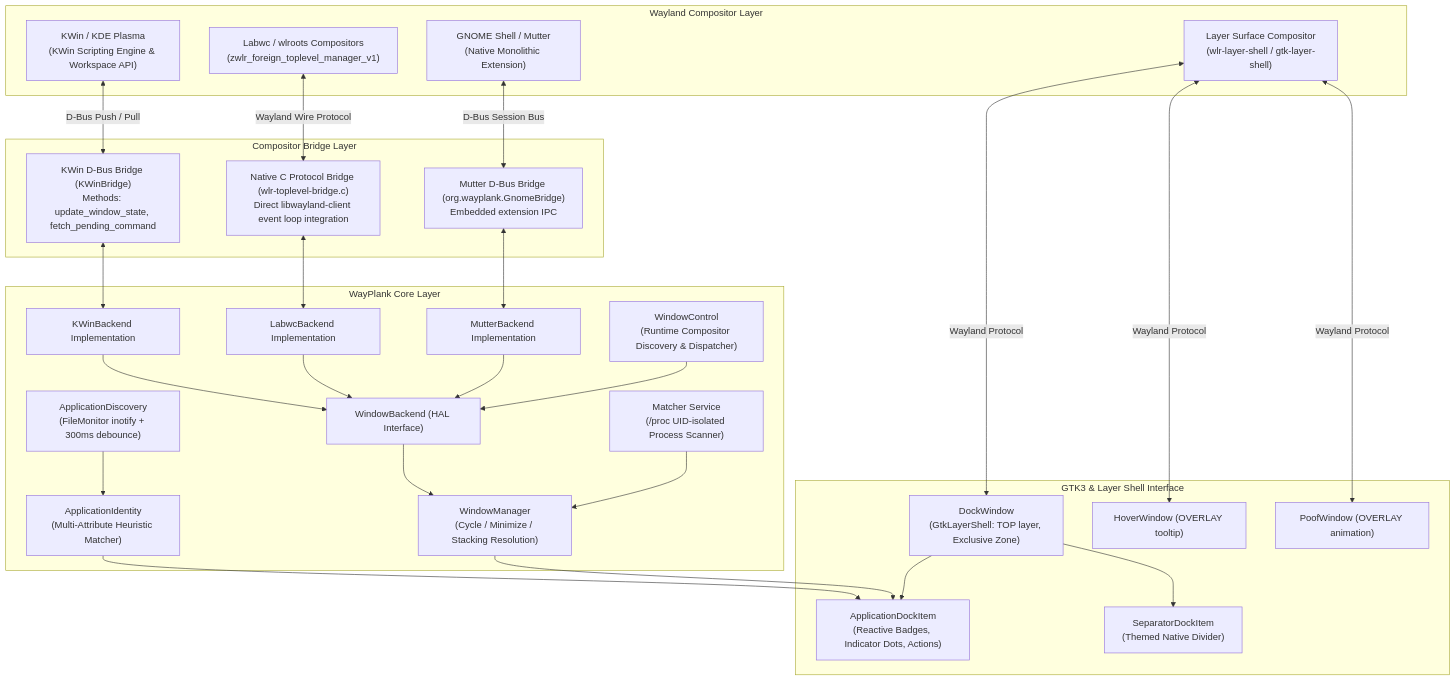
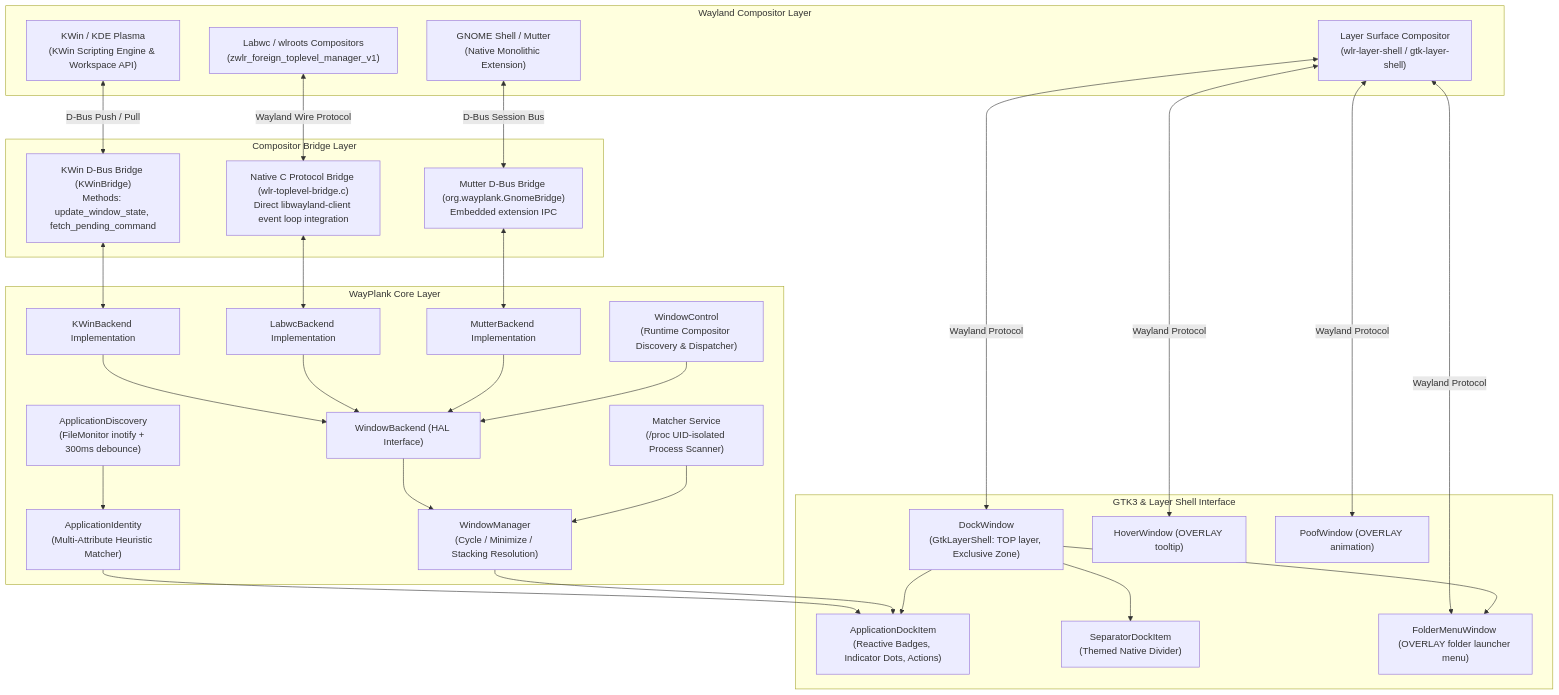
One commit to sergiomelas/WayPlank changed the first of 3 diagrams in Documentation/wayplank_x11_to_wayland_report_en.md. Above: the diagram before and after it, drawn with Mermaid. The commit also changed other lines of this file and 43 other files, not shown here.

First line of the commit message:
V0.5.2: Folder launcher menu, categorized layout, 14 docklets & core hardening

````diff
--- a/Documentation/wayplank_x11_to_wayland_report_en.md
+++ b/Documentation/wayplank_x11_to_wayland_report_en.md
@@ -47,57 +46,60 @@
 ```mermaid
 flowchart TD
     subgraph Compositors ["Wayland Compositor Layer"]
         KWinComp["KWin / KDE Plasma\n(KWin Scripting Engine & Workspace API)"]
         WlrComp["Labwc / wlroots Compositors\n(zwlr_foreign_toplevel_manager_v1)"]
         MutterComp["GNOME Shell / Mutter\n(Native Monolithic Extension)"]
         LayerCompositor["Layer Surface Compositor\n(wlr-layer-shell / gtk-layer-shell)"]
     end
 
     subgraph Bridges ["Compositor Bridge Layer"]
         DBusIface["KWin D-Bus Bridge (KWinBridge)\nMethods: update_window_state, fetch_pending_command"]
         WlrBridge["Native C Protocol Bridge (wlr-toplevel-bridge.c)\nDirect libwayland-client event loop integration"]
         MutterBridge["Mutter D-Bus Bridge (org.wayplank.GnomeBridge)\nEmbedded extension IPC"]
     end
 
     subgraph WayPlankCore ["WayPlank Core Layer"]
         WindowControl["WindowControl\n(Runtime Compositor Discovery & Dispatcher)"]
         WindowBackend["WindowBackend (HAL Interface)"]
         KWinBackend["KWinBackend Implementation"]
         LabwcBackend["LabwcBackend Implementation"]
         MutterBackend["MutterBackend Implementation"]
         WindowManager["WindowManager\n(Cycle / Minimize / Stacking Resolution)"]
         AppDiscovery["ApplicationDiscovery\n(FileMonitor inotify + 300ms debounce)"]
         AppIdentity["ApplicationIdentity\n(Multi-Attribute Heuristic Matcher)"]
         Matcher["Matcher Service\n(/proc UID-isolated Process Scanner)"]
     end
 
     subgraph UI ["GTK3 & Layer Shell Interface"]
         DockWindow["DockWindow\n(GtkLayerShell: TOP layer, Exclusive Zone)"]
         AppItem["ApplicationDockItem\n(Reactive Badges, Indicator Dots, Actions)"]
         SepItem["SeparatorDockItem\n(Themed Native Divider)"]
         HoverWin["HoverWindow (OVERLAY tooltip)"]
         PoofWin["PoofWindow (OVERLAY animation)"]
+        FolderMenuWin["FolderMenuWindow (OVERLAY folder launcher menu)"]
     end
 
     KWinComp <-->|D-Bus Push / Pull| DBusIface
     DBusIface <--> KWinBackend
     WlrComp <-->|Wayland Wire Protocol| WlrBridge
     WlrBridge <--> LabwcBackend
     MutterComp <-->|D-Bus Session Bus| MutterBridge
     MutterBridge <--> MutterBackend
 
     KWinBackend --> WindowBackend
     LabwcBackend --> WindowBackend
     MutterBackend --> WindowBackend
     WindowControl --> WindowBackend
     WindowBackend --> WindowManager
     Matcher --> WindowManager
     AppDiscovery --> AppIdentity
     AppIdentity --> AppItem
     WindowManager --> AppItem
     LayerCompositor <-->|Wayland Protocol| DockWindow
     LayerCompositor <-->|Wayland Protocol| HoverWin
     LayerCompositor <-->|Wayland Protocol| PoofWin
+    LayerCompositor <-->|Wayland Protocol| FolderMenuWin
     DockWindow --> AppItem
     DockWindow --> SepItem
+    DockWindow --> FolderMenuWin
 ```
````
